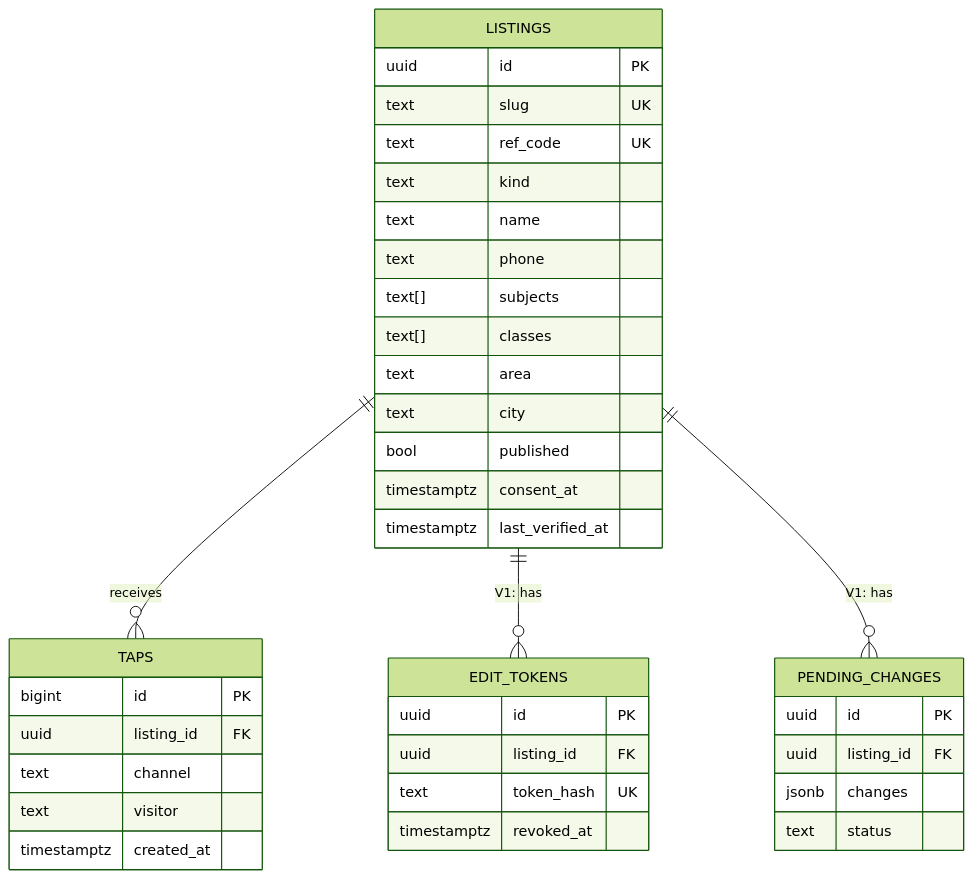
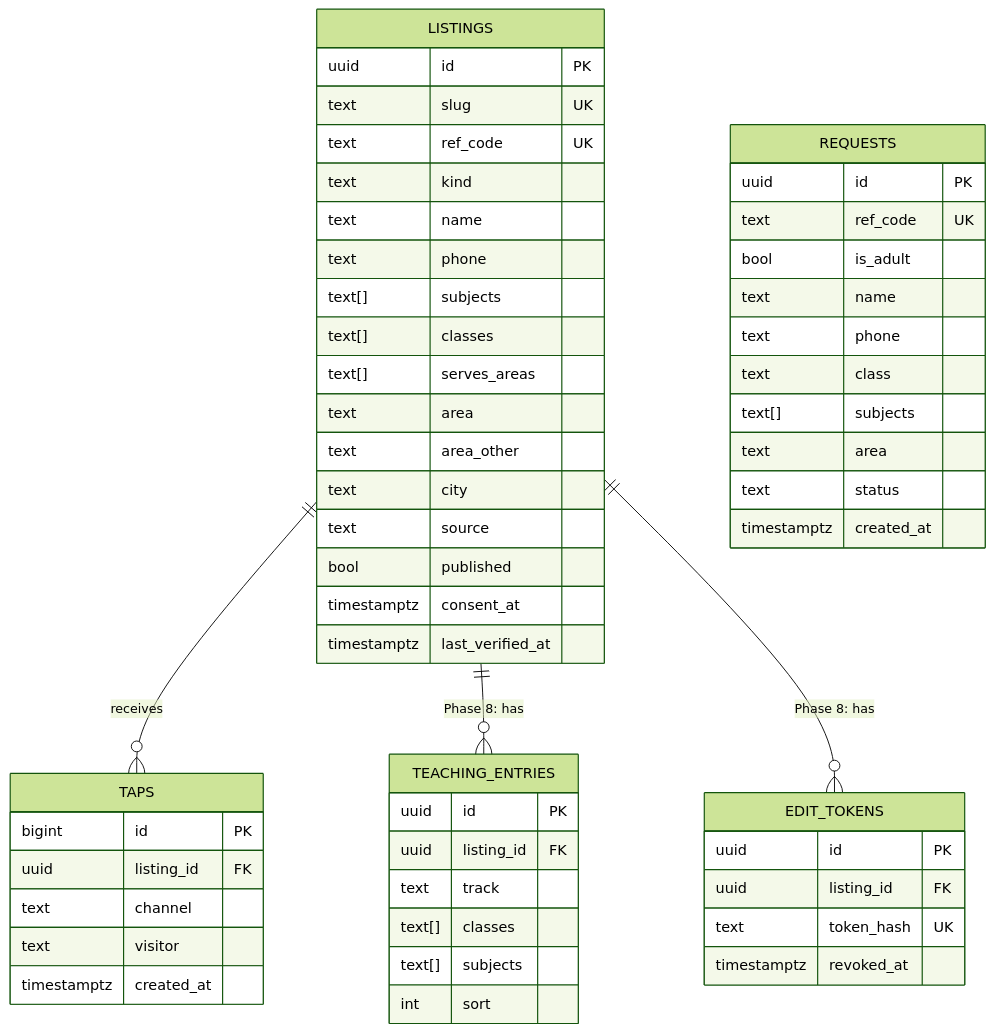
The diagram in schema.md (shahilseth/dhuri-tutors), drawn with Mermaid (forest theme) before and after one commit. The commit also changed other lines of this file and 5 other files, not shown here.

First line of the commit message:
Scope: teacher sign-up, parent requests, village areas

````diff
--- a/schema.md
+++ b/schema.md
@@ -8,41 +8,58 @@
 ```mermaid
 erDiagram
   LISTINGS ||--o{ TAPS : "receives"
-  LISTINGS ||--o{ EDIT_TOKENS : "V1: has"
-  LISTINGS ||--o{ PENDING_CHANGES : "V1: has"
+  LISTINGS ||--o{ TEACHING_ENTRIES : "Phase 8: has"
+  LISTINGS ||--o{ EDIT_TOKENS : "Phase 8: has"
 
   LISTINGS {
     uuid id PK
     text slug UK
     text ref_code UK
     text kind
     text name
     text phone
     text[] subjects
     text[] classes
+    text[] serves_areas
     text area
+    text area_other
     text city
+    text source
     bool published
     timestamptz consent_at
     timestamptz last_verified_at
+  }
+  TEACHING_ENTRIES {
+    uuid id PK
+    uuid listing_id FK
+    text track
+    text[] classes
+    text[] subjects
+    int sort
   }
   TAPS {
     bigint id PK
     uuid listing_id FK
     text channel
     text visitor
     timestamptz created_at
   }
   EDIT_TOKENS {
     uuid id PK
     uuid listing_id FK
     text token_hash UK
     timestamptz revoked_at
   }
-  PENDING_CHANGES {
+  REQUESTS {
     uuid id PK
-    uuid listing_id FK
-    jsonb changes
+    text ref_code UK
+    bool is_adult
+    text name
+    text phone
+    text class
+    text[] subjects
+    text area
     text status
+    timestamptz created_at
   }
 ```
````
